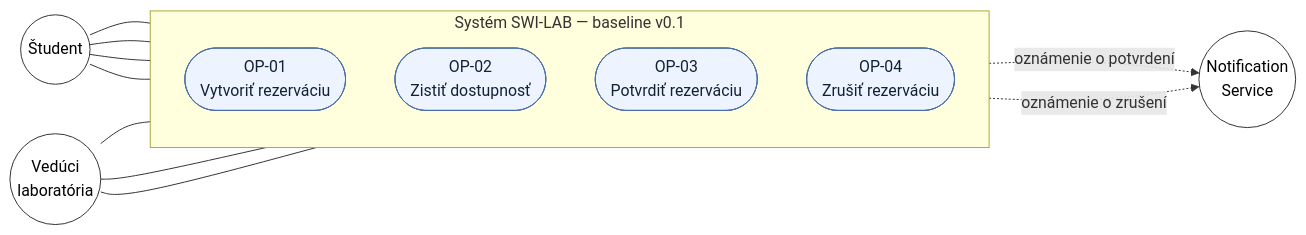
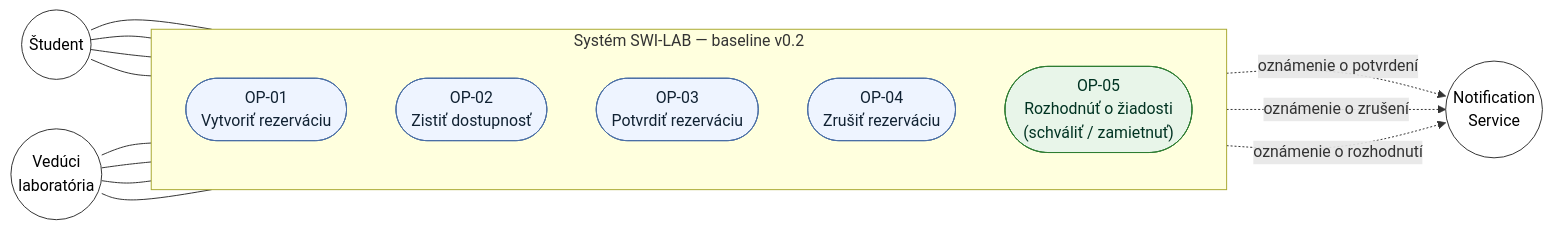
The first of 7 diagrams in docs/diagrams.md (thspowered/SWI-LAB), drawn with Mermaid before and after one commit. The commit also changed other lines of this file and 14 other files, not shown here.

````diff
--- a/docs/diagrams.md
+++ b/docs/diagrams.md
@@ -14,31 +17,36 @@
 ```mermaid
 flowchart LR
     student(("Študent"))
     supervisor(("Vedúci<br/>laboratória"))
     notif(("Notification<br/>Service"))
 
-    subgraph SYS["Systém SWI-LAB — baseline v0.1"]
+    subgraph SYS["Systém SWI-LAB — baseline v0.2"]
         direction TB
         op1(["OP-01<br/>Vytvoriť rezerváciu"])
         op2(["OP-02<br/>Zistiť dostupnosť"])
         op3(["OP-03<br/>Potvrdiť rezerváciu"])
         op4(["OP-04<br/>Zrušiť rezerváciu"])
+        op5(["OP-05<br/>Rozhodnúť o žiadosti<br/>(schváliť / zamietnuť)"])
     end
 
     student --- op1
     student --- op2
     student --- op3
     student --- op4
 
     supervisor --- op2
     supervisor --- op3
     supervisor --- op4
+    supervisor --- op5
 
     op3 -.->|"oznámenie o potvrdení"| notif
     op4 -.->|"oznámenie o zrušení"| notif
+    op5 -.->|"oznámenie o rozhodnutí"| notif
 
     classDef uc fill:#eef4ff,stroke:#4a6fa5,color:#123;
+    classDef new fill:#e8f5e9,stroke:#2e7d32,color:#032;
     classDef actor fill:#fff,stroke:#333,color:#000;
     class op1,op2,op3,op4 uc;
+    class op5 new;
     class student,supervisor,notif actor;
 ```
````
